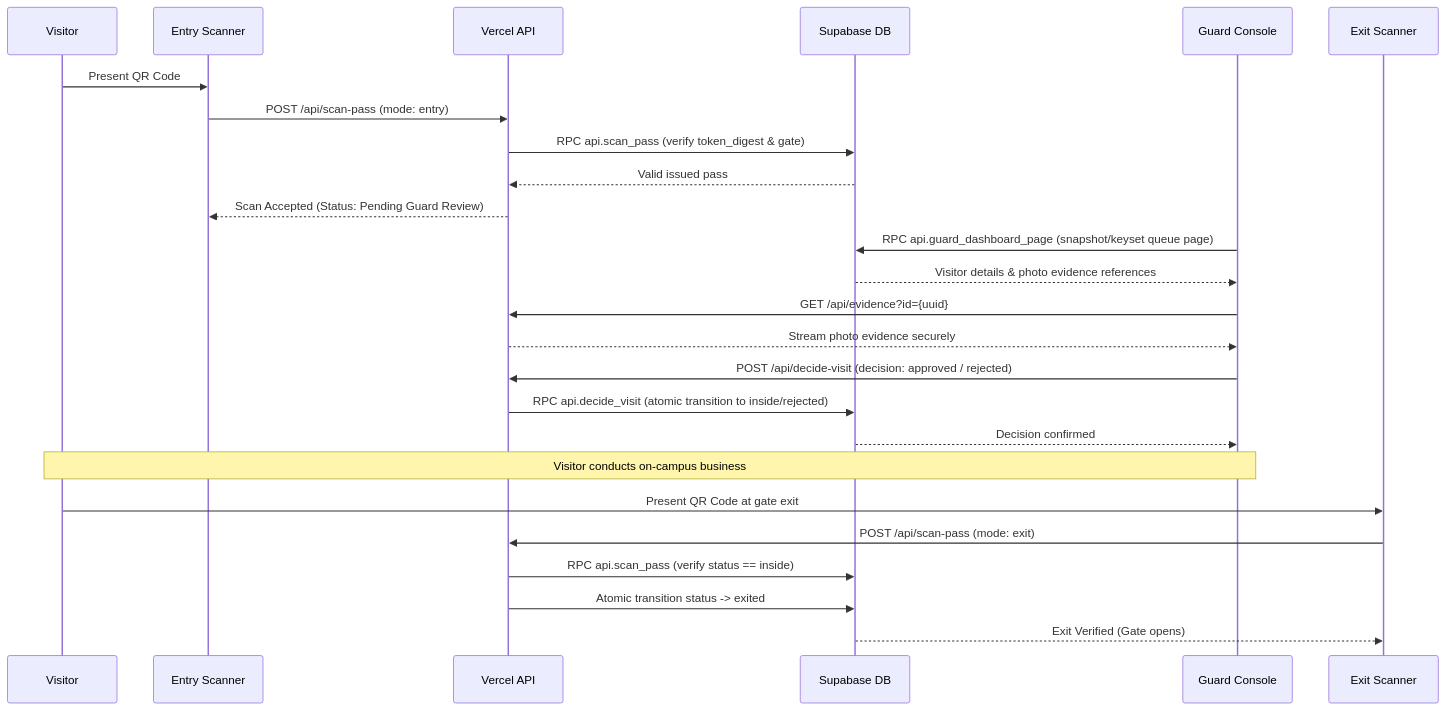
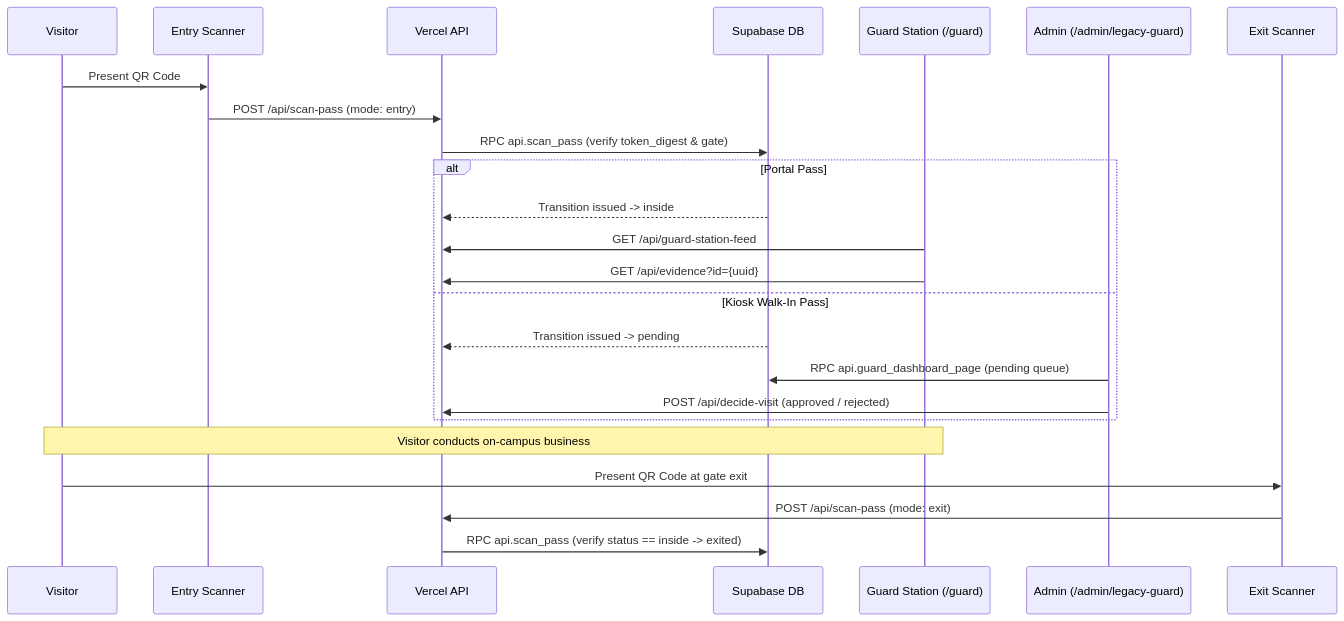
One commit to jsphhbna/egatepass changed the fifth of 10 diagrams in README.md. Above: the diagram before and after it, drawn with Mermaid. The commit also changed other lines of this file and 59 other files, not shown here.

````diff
--- a/README.md
+++ b/README.md
@@ -223,31 +226,29 @@
 ```mermaid
 sequenceDiagram
     participant V as Visitor
     participant E as Entry Scanner
     participant API as Vercel API
     participant DB as Supabase DB
-    participant G as Guard Console
+    participant GS as Guard Station (/guard)
+    participant A as Admin (/admin/legacy-guard)
     participant X as Exit Scanner
 
     V->>E: Present QR Code
     E->>API: POST /api/scan-pass (mode: entry)
     API->>DB: RPC api.scan_pass (verify token_digest & gate)
-    DB-->>API: Valid issued pass
-    API-->>E: Scan Accepted (Status: Pending Guard Review)
+    alt Portal Pass
+        DB-->>API: Transition issued -> inside
+        GS->>API: GET /api/guard-station-feed
+        GS->>API: GET /api/evidence?id={uuid}
+    else Kiosk Walk-In Pass
+        DB-->>API: Transition issued -> pending
+        A->>DB: RPC api.guard_dashboard_page (pending queue)
+        A->>API: POST /api/decide-visit (approved / rejected)
+    end
 
-    G->>DB: RPC api.guard_dashboard_page (snapshot/keyset queue page)
-    DB-->>G: Visitor details & photo evidence references
-    G->>API: GET /api/evidence?id={uuid}
-    API-->>G: Stream photo evidence securely
-    G->>API: POST /api/decide-visit (decision: approved / rejected)
-    API->>DB: RPC api.decide_visit (atomic transition to inside/rejected)
-    DB-->>G: Decision confirmed
-
-    Note over V,G: Visitor conducts on-campus business
+    Note over V,GS: Visitor conducts on-campus business
 
     V->>X: Present QR Code at gate exit
     X->>API: POST /api/scan-pass (mode: exit)
-    API->>DB: RPC api.scan_pass (verify status == inside)
-    API->>DB: Atomic transition status -> exited
-    DB-->>X: Exit Verified (Gate opens)
+    API->>DB: RPC api.scan_pass (verify status == inside -> exited)
 ```
````
